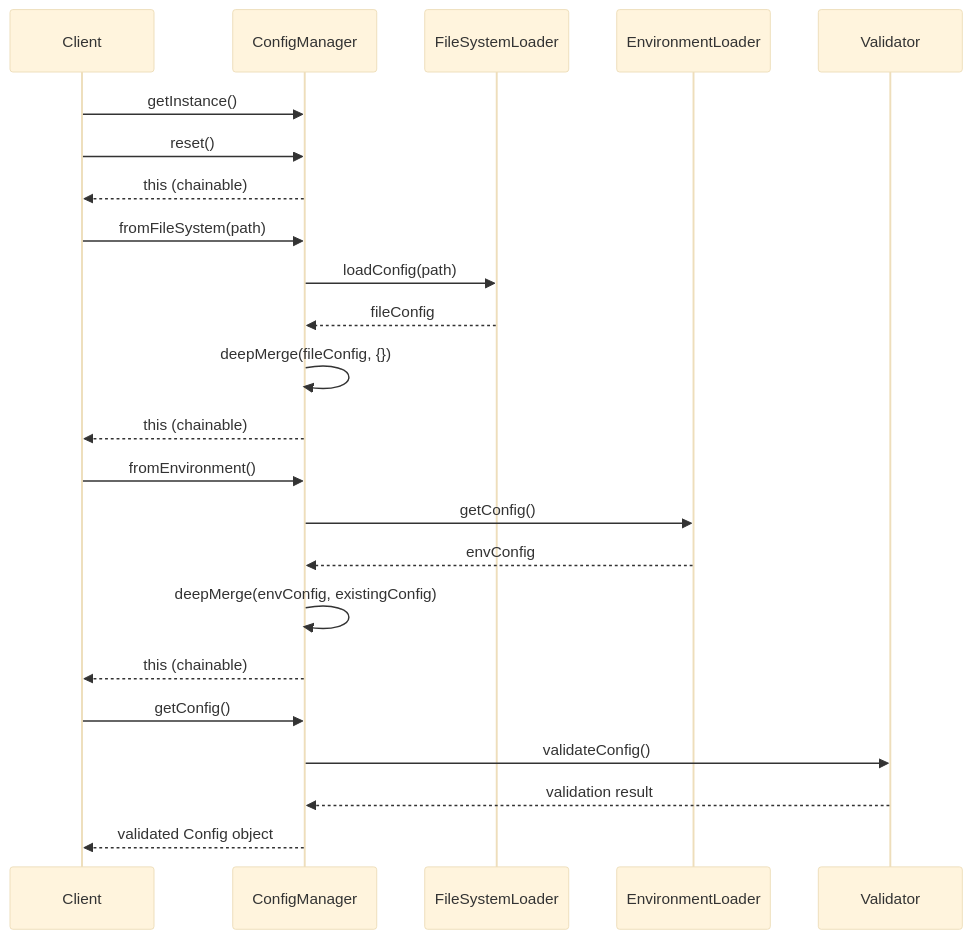
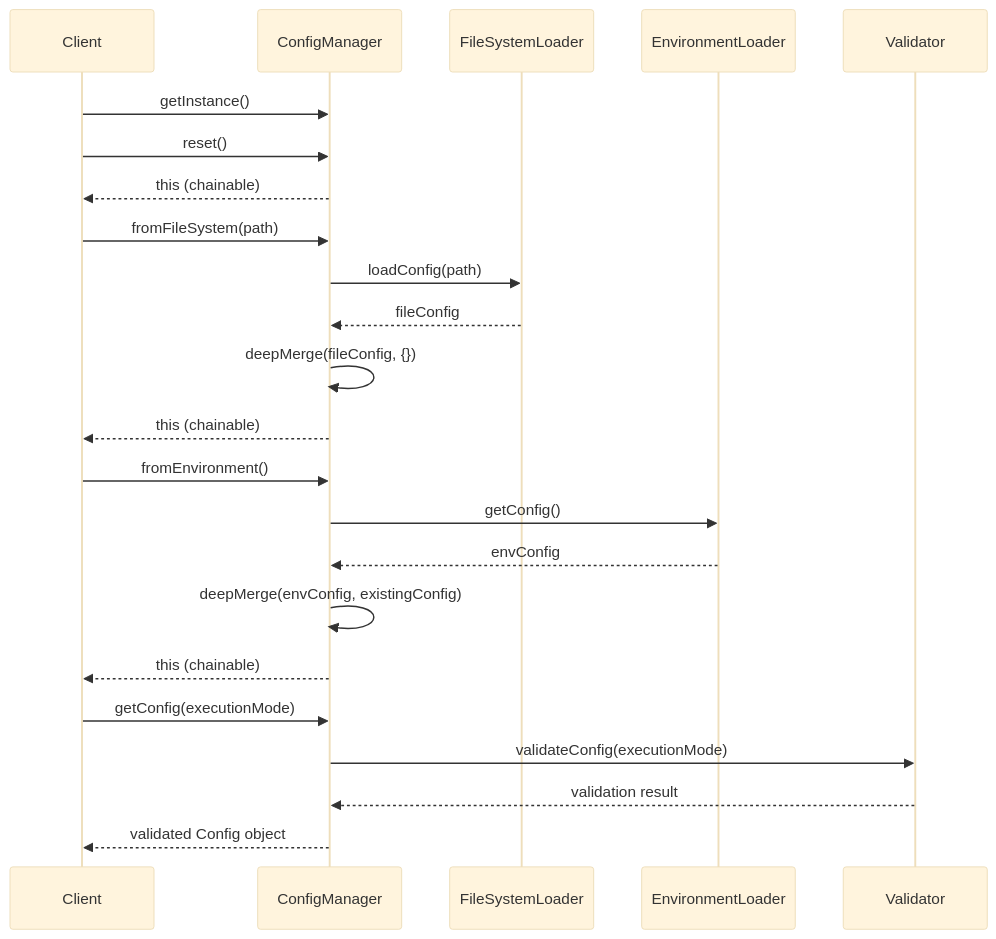
Before and after one commit to whennemuth/integration-huron-person: the diagram in src/config/README.md, drawn with Mermaid (base theme). The commit also changed other lines of this file and 27 other files, not shown here.

````diff
--- a/src/config/README.md
+++ b/src/config/README.md
@@ -79,29 +117,29 @@
 ```mermaid
 sequenceDiagram
     participant Client
     participant ConfigManager
     participant FileSystemLoader
     participant EnvironmentLoader
     participant Validator
     
     Client->>ConfigManager: getInstance()
     Client->>ConfigManager: reset()
     ConfigManager-->>Client: this (chainable)
     
     Client->>ConfigManager: fromFileSystem(path)
     ConfigManager->>FileSystemLoader: loadConfig(path)
     FileSystemLoader-->>ConfigManager: fileConfig
     ConfigManager->>ConfigManager: deepMerge(fileConfig, {})
     ConfigManager-->>Client: this (chainable)
     
     Client->>ConfigManager: fromEnvironment()
     ConfigManager->>EnvironmentLoader: getConfig()
     EnvironmentLoader-->>ConfigManager: envConfig
     ConfigManager->>ConfigManager: deepMerge(envConfig, existingConfig)
     ConfigManager-->>Client: this (chainable)
     
-    Client->>ConfigManager: getConfig()
-    ConfigManager->>Validator: validateConfig()
+    Client->>ConfigManager: getConfig(executionMode)
+    ConfigManager->>Validator: validateConfig(executionMode)
     Validator-->>ConfigManager: validation result
     ConfigManager-->>Client: validated Config object
 ```
````
